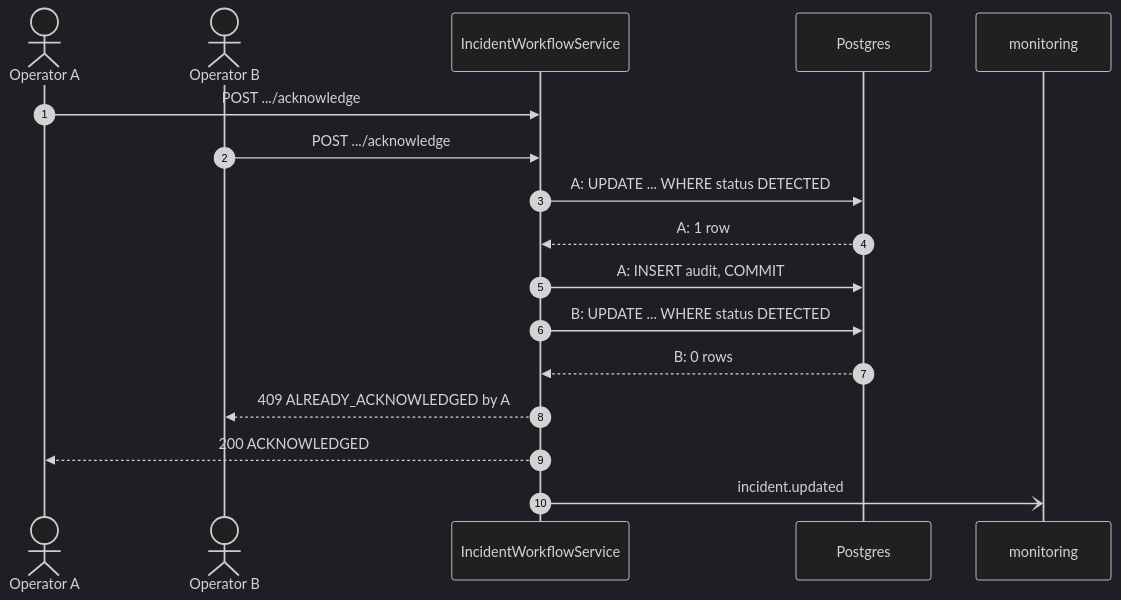
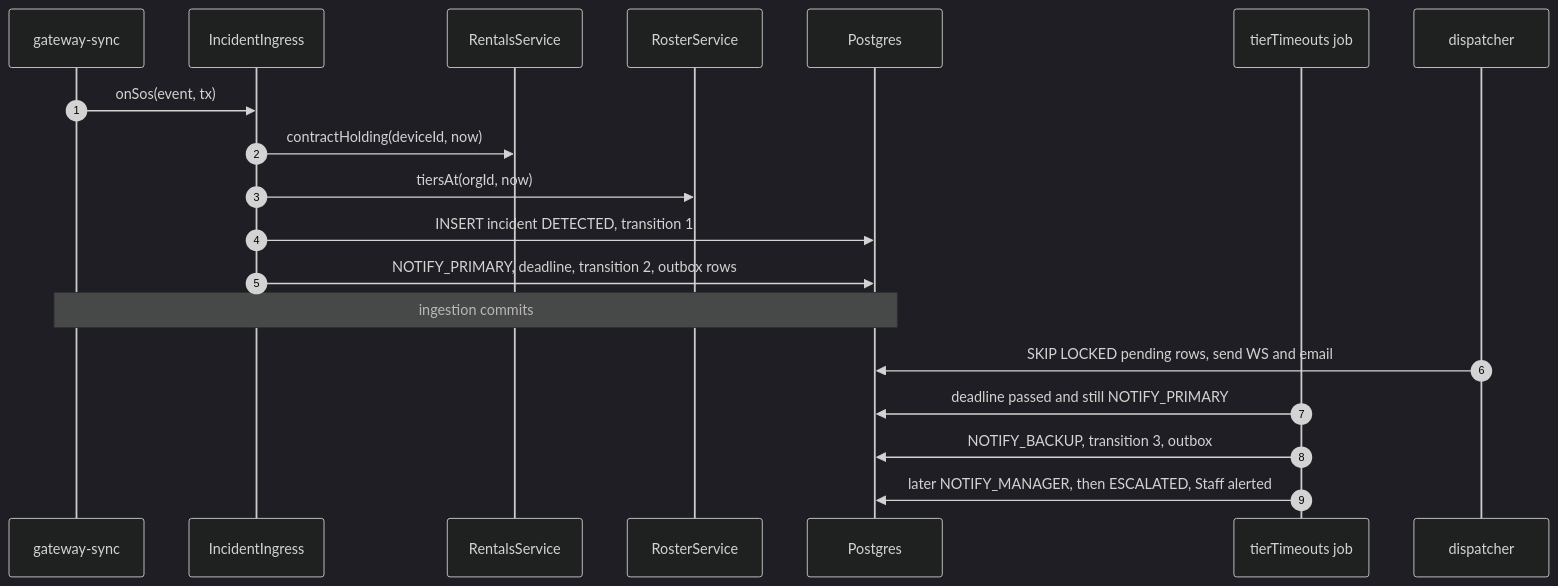
The third of 3 diagrams in specs/incidents/design.md (TrekLink-Team/treklink-web), drawn with Mermaid (dark theme) before and after one commit. The commit also changed other lines of this file and 367 other files, not shown here.

First line of the commit message:
docs: rewrite the module specs and schema from the rescoped SRS

````diff
--- a/specs/incidents/design.md
+++ b/specs/incidents/design.md
@@ -237,19 +167,21 @@
 ```mermaid
 sequenceDiagram
     autonumber
-    actor A as Operator A
-    actor B as Operator B
-    participant W as IncidentWorkflowService
+    participant G as gateway-sync
+    participant I as IncidentIngress
+    participant R as RentalsService
+    participant O as RosterService
     participant DB as Postgres
-    participant M as monitoring
-    A->>W: POST .../acknowledge
-    B->>W: POST .../acknowledge
-    W->>DB: A: UPDATE ... WHERE status DETECTED
-    DB-->>W: A: 1 row
-    W->>DB: A: INSERT audit, COMMIT
-    W->>DB: B: UPDATE ... WHERE status DETECTED
-    DB-->>W: B: 0 rows
-    W-->>B: 409 ALREADY_ACKNOWLEDGED by A
-    W-->>A: 200 ACKNOWLEDGED
-    W-)M: incident.updated
+    participant J as tierTimeouts job
+    participant D as dispatcher
+    G->>I: onSos(event, tx)
+    I->>R: contractHolding(deviceId, now)
+    I->>O: tiersAt(orgId, now)
+    I->>DB: INSERT incident DETECTED, transition 1
+    I->>DB: NOTIFY_PRIMARY, deadline, transition 2, outbox rows
+    Note over G,DB: ingestion commits
+    D->>DB: SKIP LOCKED pending rows, send WS and email
+    J->>DB: deadline passed and still NOTIFY_PRIMARY
+    J->>DB: NOTIFY_BACKUP, transition 3, outbox
+    J->>DB: later NOTIFY_MANAGER, then ESCALATED, Staff alerted
 ```
````
